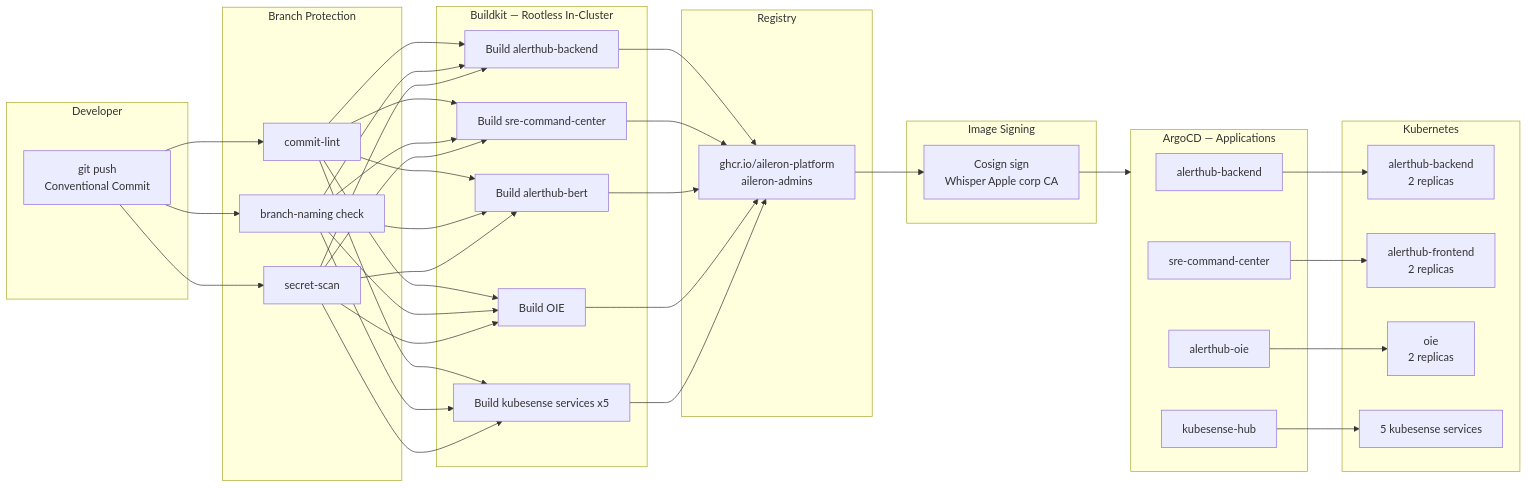
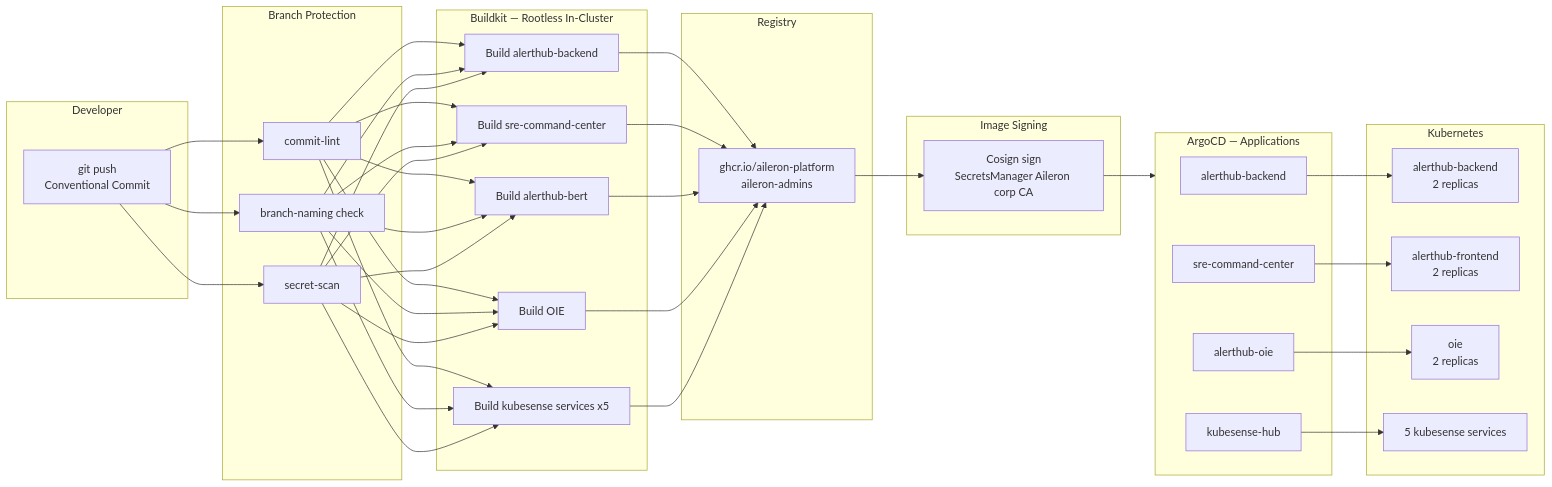
One commit to aiops-sre/aileron changed the eighth of 11 diagrams in platform/README.md. Above: the diagram before and after it, drawn with Mermaid. The commit also changed other lines of this file and 168 other files, not shown here.

````diff
--- a/platform/README.md
+++ b/platform/README.md
@@ -532,51 +532,51 @@
 ```mermaid
 flowchart LR
     subgraph Dev["Developer"]
         PUSH[git push<br/>Conventional Commit]
     end
 
     subgraph GitHooks["Branch Protection"]
         LINT[commit-lint]
         NAMING[branch-naming check]
         SECRET_SCAN[secret-scan]
     end
 
     subgraph BuildKit["Buildkit — Rootless In-Cluster"]
         BK_BE[Build alerthub-backend]
         BK_FE[Build sre-command-center]
         BK_BERT[Build alerthub-bert]
         BK_OIE[Build OIE]
         BK_KS[Build kubesense services x5]
     end
 
     subgraph Registry["Registry"]
         REG[ghcr.io/aileron-platform<br/>aileron-admins]
     end
 
     subgraph Cosign["Image Signing"]
-        SIGN[Cosign sign<br/>Whisper Apple corp CA]
+        SIGN[Cosign sign<br/>SecretsManager Aileron corp CA]
     end
 
     subgraph ArgoCD["ArgoCD — Applications"]
         APP_BE[alerthub-backend]
         APP_FE[sre-command-center]
         APP_OIE[alerthub-oie]
         APP_KS[kubesense-hub]
     end
 
     subgraph K8s["Kubernetes"]
         DEP_BE[alerthub-backend<br/>2 replicas]
         DEP_FE[alerthub-frontend<br/>2 replicas]
         DEP_OIE[oie<br/>2 replicas]
         DEP_KS[5 kubesense services]
     end
 
     PUSH --> LINT & NAMING & SECRET_SCAN
     LINT & NAMING & SECRET_SCAN --> BK_BE & BK_FE & BK_BERT & BK_OIE & BK_KS
     BK_BE & BK_FE & BK_BERT & BK_OIE & BK_KS --> REG
     REG --> SIGN --> ArgoCD
     APP_BE --> DEP_BE
     APP_FE --> DEP_FE
     APP_OIE --> DEP_OIE
     APP_KS --> DEP_KS
 ```
````
